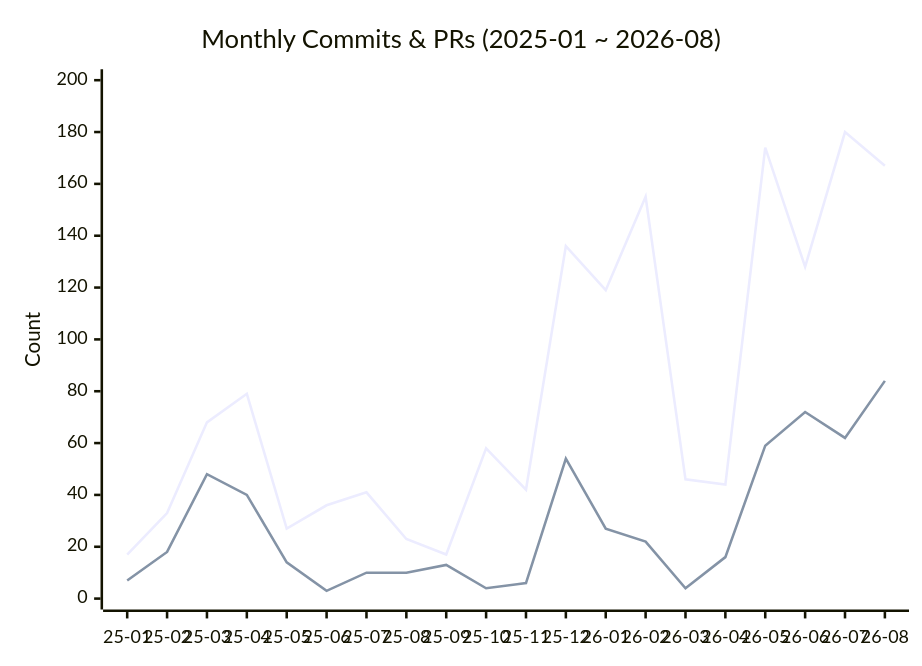
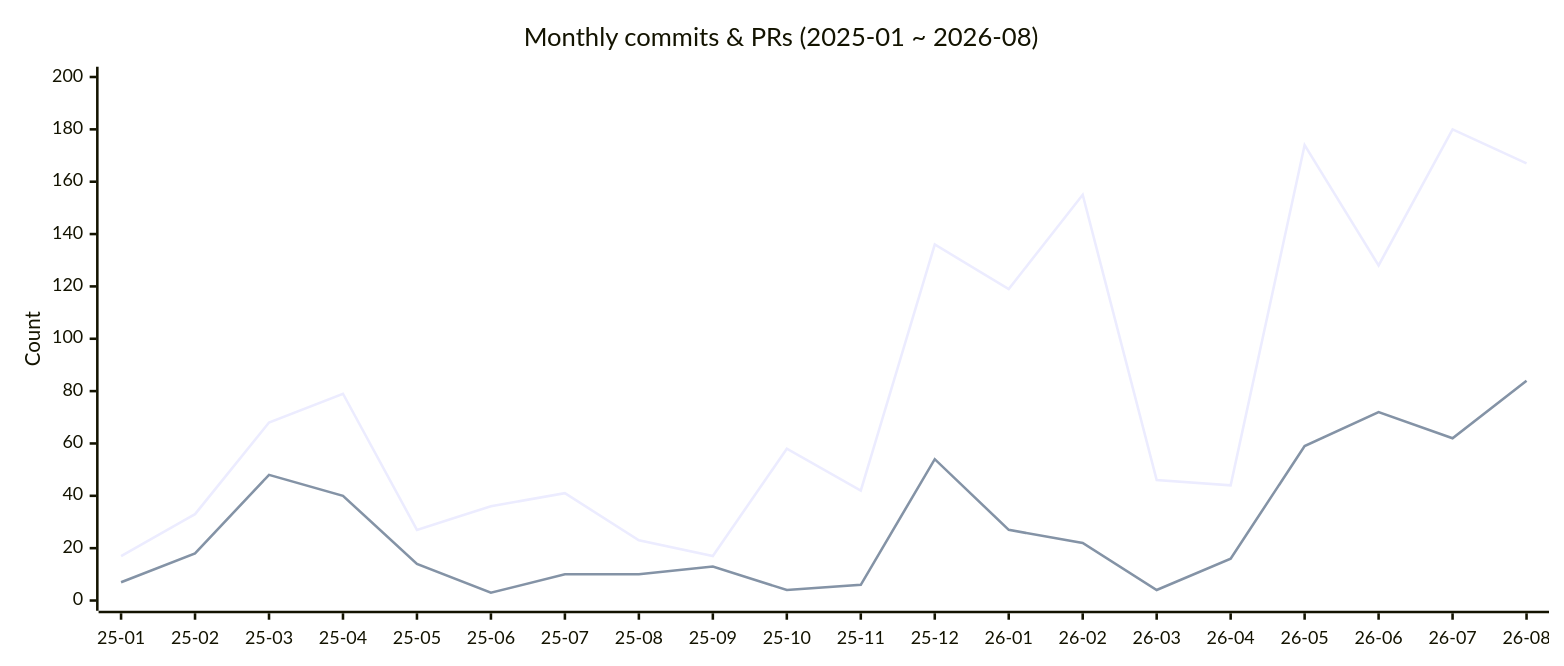
Before and after one commit to SilenWang/silen_blog: the first of 2 diagrams in blog_en/source/_posts/我给AI排了24小时班-把自己排成了值班表.md, drawn with Mermaid. The commit also changed other lines of this file, not shown here.

````diff
--- a/blog_en/source/_posts/我给AI排了24小时班-把自己排成了值班表.md
+++ b/blog_en/source/_posts/我给AI排了24小时班-把自己排成了值班表.md
@@ -42,8 +28,9 @@
 ```mermaid
+%%{init: {"xyChart": {"width": 1200, "height": 500}}}%%
 xychart-beta
-    title "Monthly Commits & PRs (2025-01 ~ 2026-08)"
+    title "Monthly commits & PRs (2025-01 ~ 2026-08)"
     x-axis ["25-01","25-02","25-03","25-04","25-05","25-06","25-07","25-08","25-09","25-10","25-11","25-12","26-01","26-02","26-03","26-04","26-05","26-06","26-07","26-08"]
     y-axis "Count" 0 --> 200
     line [17,33,68,79,27,36,41,23,17,58,42,136,119,155,46,44,174,128,180,167]
     line [7,18,48,40,14,3,10,10,13,4,6,54,27,22,4,16,59,72,62,84]
 ```
````
